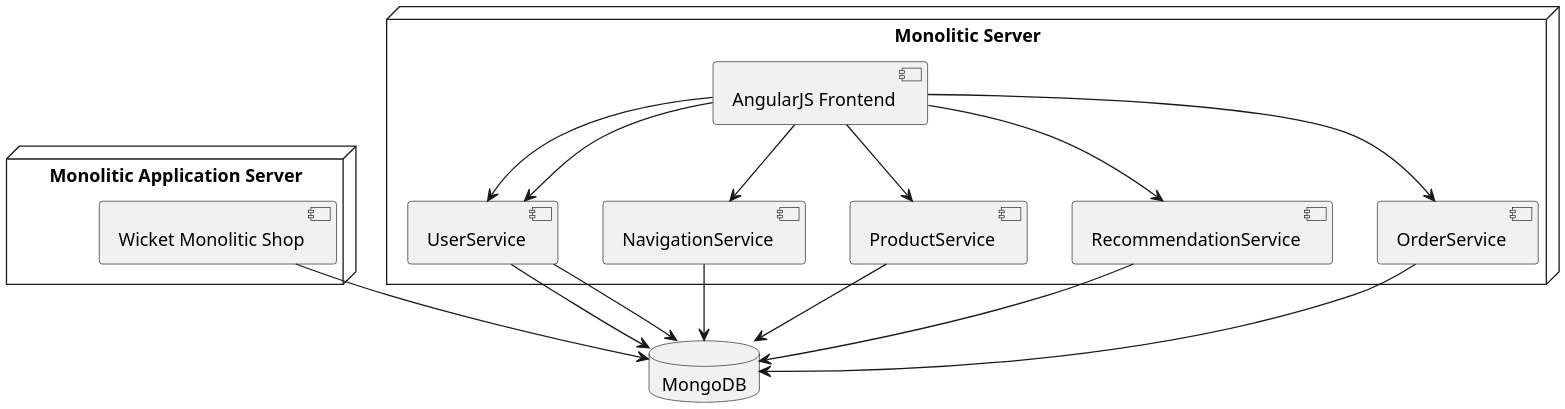
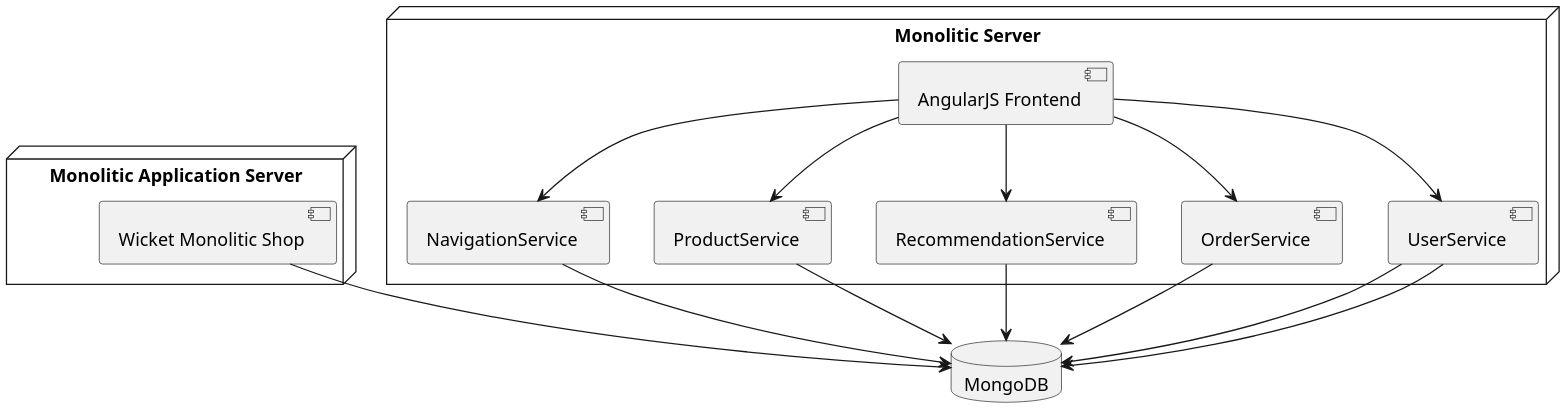
Before and after one commit to zutherb/AppStash: the diagram in external/images/deployment-diagram.puml, drawn with PlantUML. The commit also changed 2 other files, not shown here.

Commit message:
correct diagramm

```diff
--- a/external/images/deployment-diagram.puml
+++ b/external/images/deployment-diagram.puml
@@ -1,28 +1,27 @@
 @startuml
 scale 2
 
 database "MongoDB" {
 }
 
 node "Monolitic Application Server" {
     [Wicket Monolitic Shop] --> MongoDB
 }
 
 node "Monolitic Server" {
-    [AngularJS Frontend] --> [UserService]
     [AngularJS Frontend] --> [NavigationService]
     [AngularJS Frontend] --> [ProductService]
     [AngularJS Frontend] --> [RecommendationService]
     [AngularJS Frontend] --> [OrderService]
     [AngularJS Frontend] --> [UserService]
 
     [UserService] --> MongoDB
     [NavigationService] --> MongoDB
     [ProductService] --> MongoDB
     [RecommendationService] --> MongoDB
     [OrderService] --> MongoDB
     [UserService] --> MongoDB
 }
 
 
 @enduml
```
